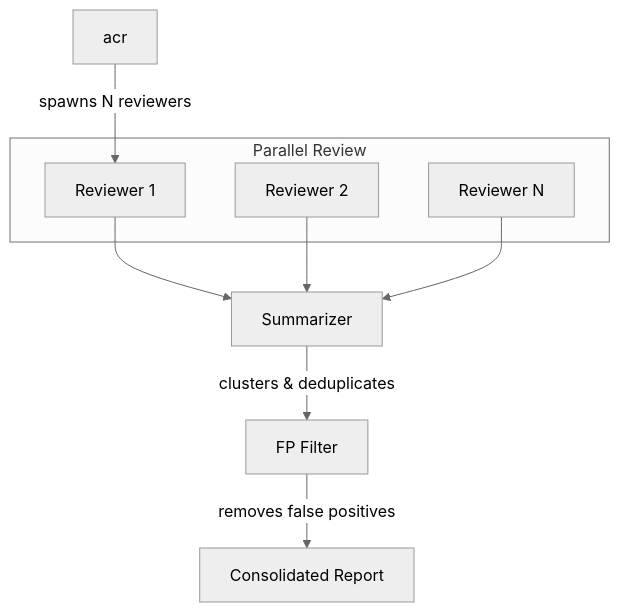
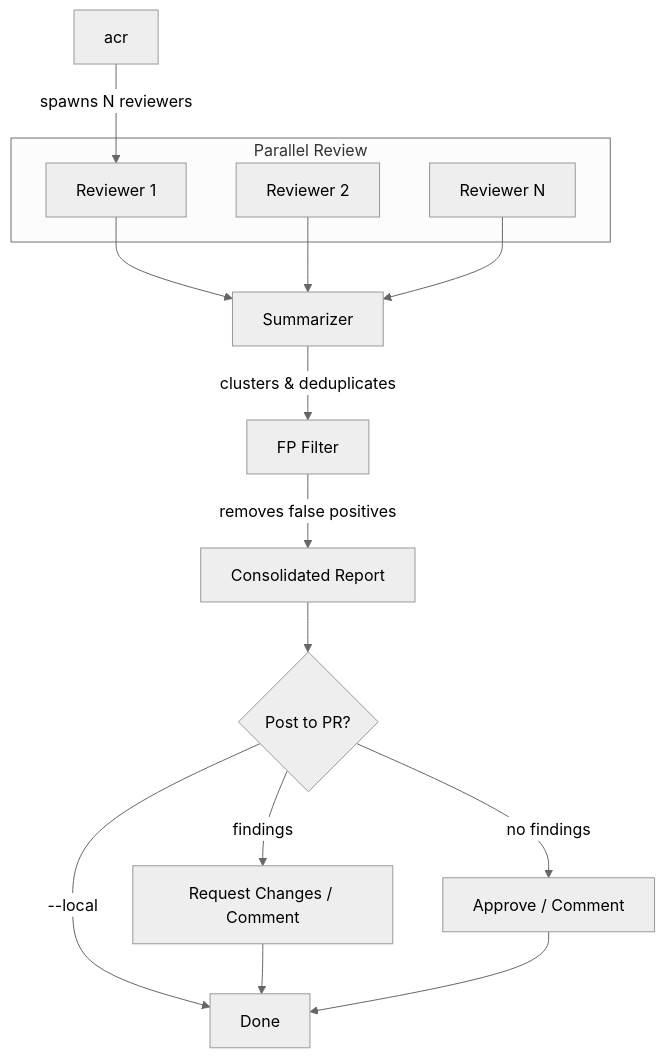
One commit to richhaase/agentic-code-reviewer changed the diagram in README.md. Above: the diagram before and after it, drawn with Mermaid (neutral theme).

Commit message:
docs: add optional PR posting step to Mermaid diagram

````diff
--- a/README.md
+++ b/README.md
@@ -9,12 +9,18 @@
 ```mermaid
 graph TD
     A[acr] -->|spawns N reviewers| B
     subgraph Parallel Review
         B[Reviewer 1]
         C[Reviewer 2]
         D[Reviewer N]
     end
     B & C & D --> E[Summarizer]
     E -->|clusters & deduplicates| F[FP Filter]
     F -->|removes false positives| G[Consolidated Report]
+    G --> H{Post to PR?}
+    H -->|--local| I[Done]
+    H -->|findings| J[Request Changes / Comment]
+    H -->|no findings| K[Approve / Comment]
+    J --> I
+    K --> I
 ```
````
